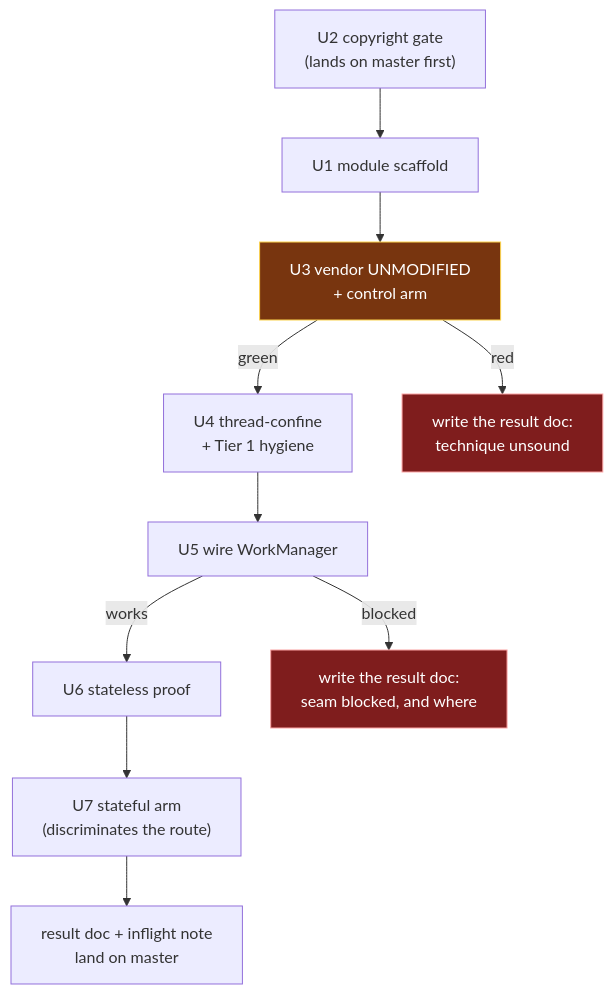
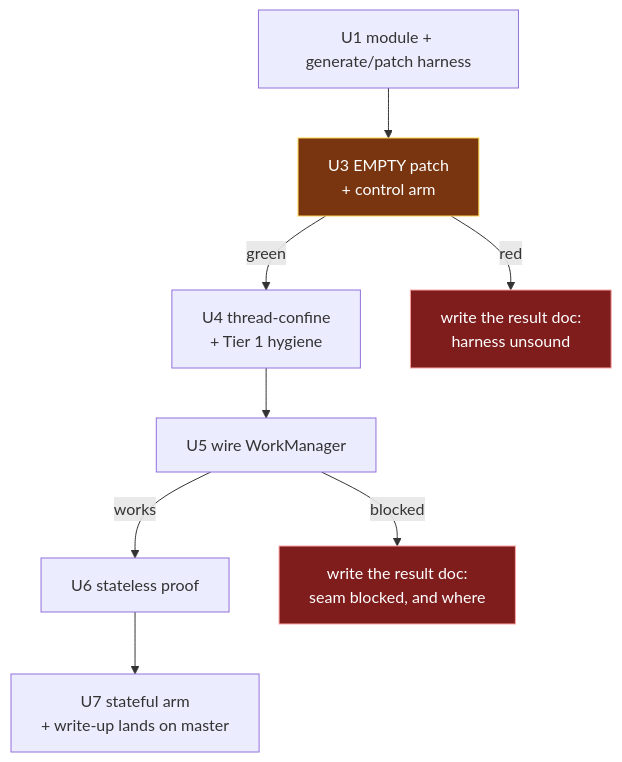
One commit to astubbs/parallel-consumer changed the second of 2 diagrams in docs/plans/2026-08-08-001-feat-ks-on-pc-spike-plan.md. Above: the diagram before and after it, drawn with Mermaid. The commit also changed other lines of this file, not shown here.

````diff
--- a/docs/plans/2026-08-08-001-feat-ks-on-pc-spike-plan.md
+++ b/docs/plans/2026-08-08-001-feat-ks-on-pc-spike-plan.md
@@ -245,16 +247,14 @@
 ```mermaid
 flowchart TD
-    U2["U2 copyright gate<br/>(lands on master first)"] --> U1["U1 module scaffold"]
-    U1 --> U3["U3 vendor UNMODIFIED<br/>+ control arm"]
+    U1["U1 module + generate/patch harness"] --> U3["U3 EMPTY patch<br/>+ control arm"]
     U3 -->|"green"| U4["U4 thread-confine<br/>+ Tier 1 hygiene"]
-    U3 -->|"red"| STOP1["write the result doc:<br/>technique unsound"]
+    U3 -->|"red"| STOP1["write the result doc:<br/>harness unsound"]
     U4 --> U5["U5 wire WorkManager"]
     U5 -->|"works"| U6["U6 stateless proof"]
     U5 -->|"blocked"| STOP2["write the result doc:<br/>seam blocked, and where"]
-    U6 --> U7["U7 stateful arm<br/>(discriminates the route)"]
-    U7 --> DOC["result doc + inflight note<br/>land on master"]
+    U6 --> U7["U7 stateful arm<br/>+ write-up lands on master"]
 
     style STOP1 fill:#7f1d1d,stroke:#fca5a5,color:#fff
     style STOP2 fill:#7f1d1d,stroke:#fca5a5,color:#fff
     style U3 fill:#78350f,stroke:#fcd34d,color:#fff
 ```
````
